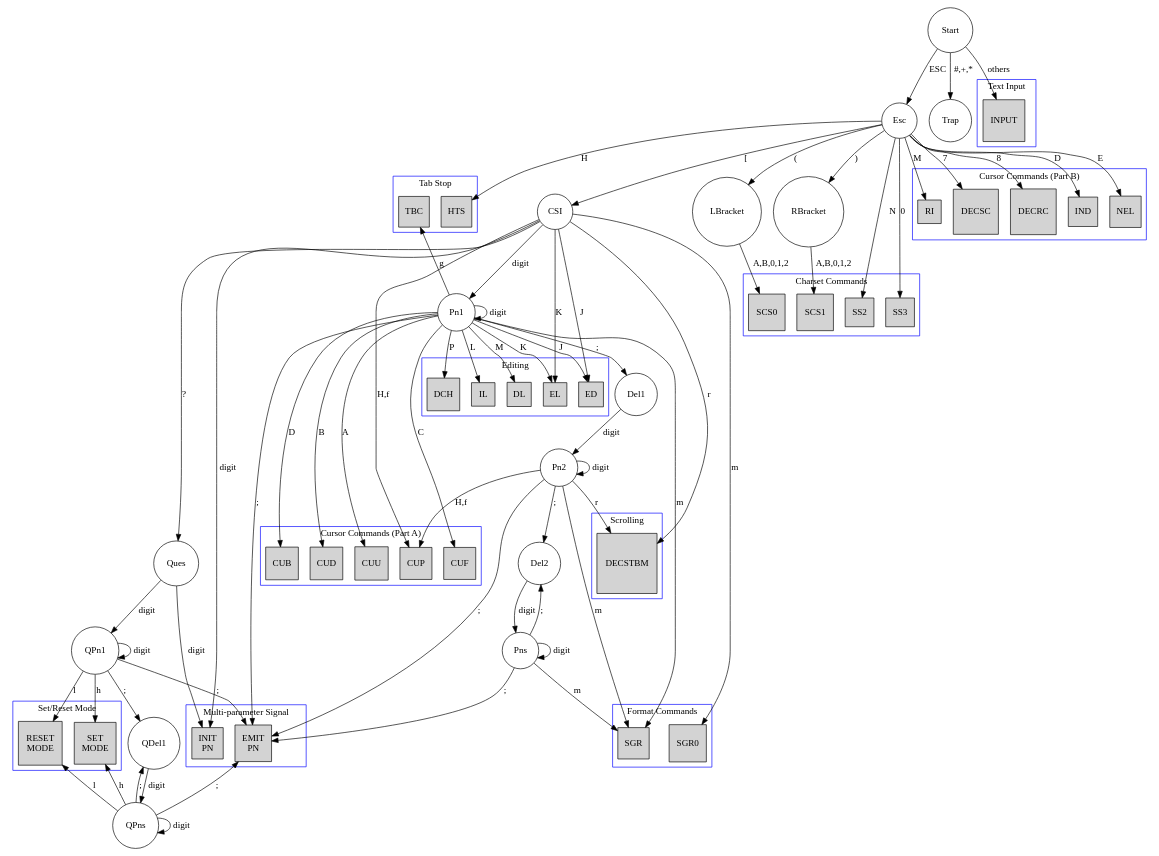
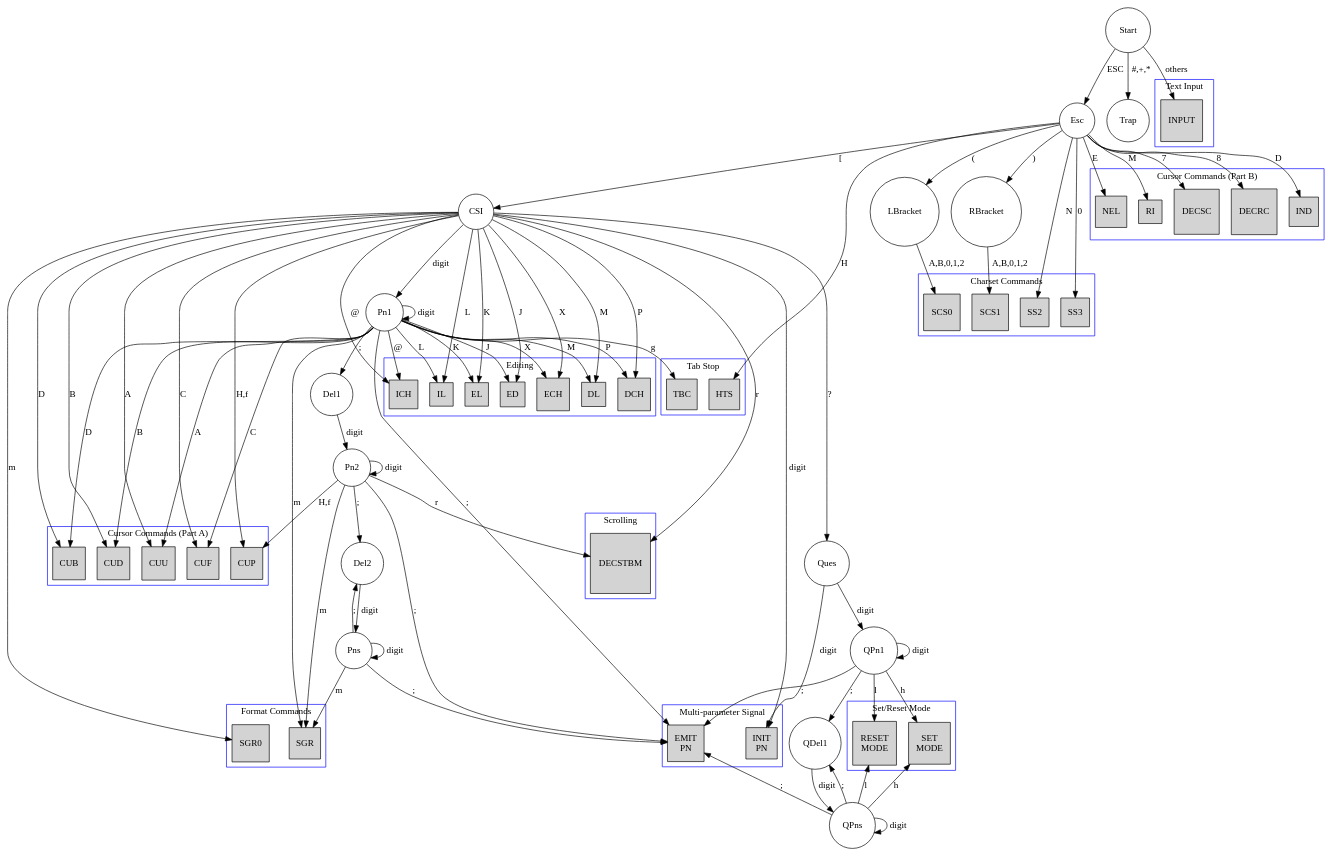
The diagram in doc/DFA.dot (Harry-Chen/fpga-virtual-console), drawn with Graphviz before and after one commit. The commit also changed 7 other files, not shown here.

```diff
--- a/doc/DFA.dot
+++ b/doc/DFA.dot
@@ -119,15 +119,19 @@
 
 	// ESC [ Pn A
 	Pn1->CUU[label=A];  // Cursor up
+	CSI->CUU[label=A];
 
 	// ESC [ Pn B
 	Pn1->CUD[label=B];  // Cursor down
+	CSI->CUD[label=B];
 
 	// ESC [ Pn C
 	Pn1->CUF[label=C];  // Cursor forward (right)
+	CSI->CUF[label=C];
 
 	// ESC [ Pn B
 	Pn1->CUB[label=D];  // Cursor backward (left)
+	CSI->CUB[label=D];
 
 	// ESC [ Pn; Pn H 
 	Pn2->CUP[label="H,f"]; // Cursor Position
@@ -181,12 +185,20 @@
 		node[style=filled,shape=square];
         color=blue;
         label="Editing";  
-		DCH; IL; DL;
+		ECH; DCH; ICH; IL; DL;
 	}
 
+	Pn1->ICH[label="@"]; // Insert character
+	Pn1->ECH[label=X]; // Erase character
 	Pn1->DCH[label=P]; // Delete character
 	Pn1->IL[label=L];  // Insert line
 	Pn1->DL[label=M];  // Delete line
+
+	CSI->ICH[label="@"]; // Insert character
+	CSI->ECH[label=X]; // Erase character
+	CSI->DCH[label=P]; // Delete character
+	CSI->IL[label=L];  // Insert line
+	CSI->DL[label=M];  // Delete line
 
 	/* Set/Reset Mode Commands */
 	subgraph cluster5 {
@@ -217,5 +229,5 @@
 	}
 
 	Esc->HTS[label=H];
-	TBC->Pn1[label=g,dir="back"];
+	Pn1->TBC[label=g];
 }
```
